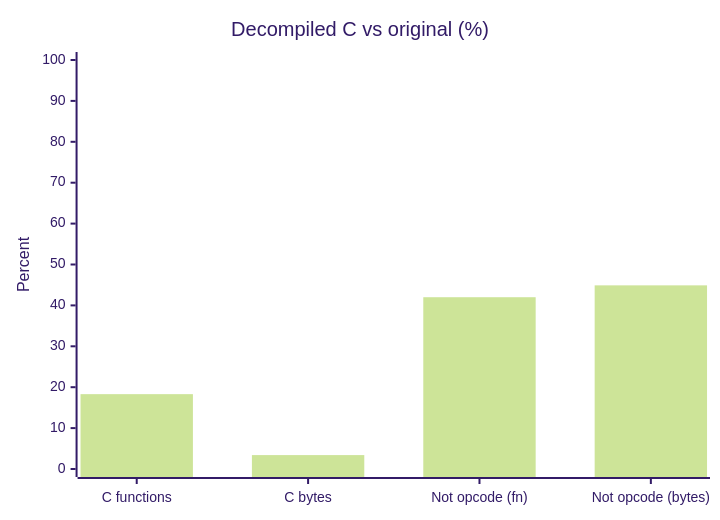
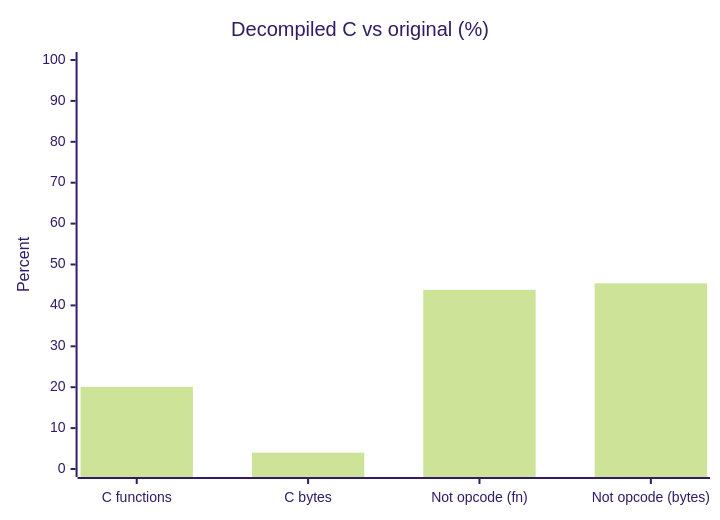
One commit to JesterWizard/beyblade_g_revolution changed the diagram in README.md. Above: the diagram before and after it, drawn with Mermaid (forest theme). The commit also changed other lines of this file and 26 other files, not shown here.

````diff
--- a/README.md
+++ b/README.md
@@ -19,7 +19,7 @@
 ```mermaid
 xychart-beta
     title "Decompiled C vs original (%)"
     x-axis ["C functions", "C bytes", "Not opcode (fn)", "Not opcode (bytes)"]
     y-axis "Percent" 0 --> 100
-    bar [18.3, 3.4, 42.0, 44.9]
+    bar [20.1, 4.0, 43.8, 45.4]
 ```
````
